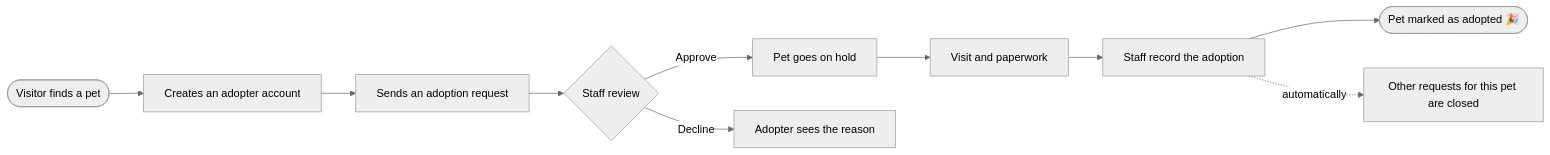
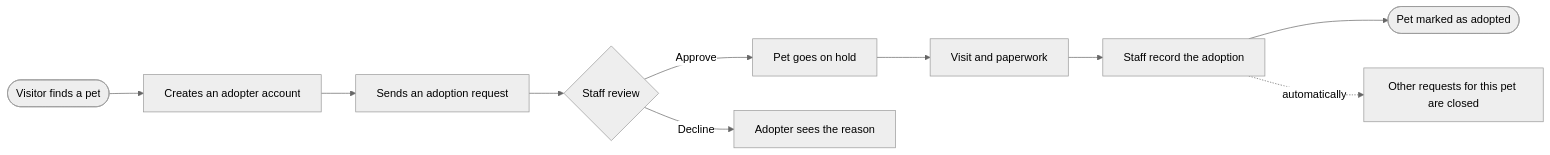
One commit to meraayman/Pets-Shelter changed the diagram in README.md. Above: the diagram before and after it, drawn with Mermaid (neutral theme). The commit also changed other lines of this file, not shown here.

````diff
--- a/README.md
+++ b/README.md
@@ -191,12 +191,12 @@
 ```mermaid
 flowchart LR
     A([Visitor finds a pet]) --> B[Creates an adopter account]
     B --> C[Sends an adoption request]
     C --> D{Staff review}
     D -- Approve --> E[Pet goes on hold]
     D -- Decline --> F[Adopter sees the reason]
     E --> G[Visit and paperwork]
     G --> H[Staff record the adoption]
-    H --> I([Pet marked as adopted 🎉])
+    H --> I([Pet marked as adopted ])
     H -. automatically .-> J[Other requests for this pet are closed]
 ```
````
